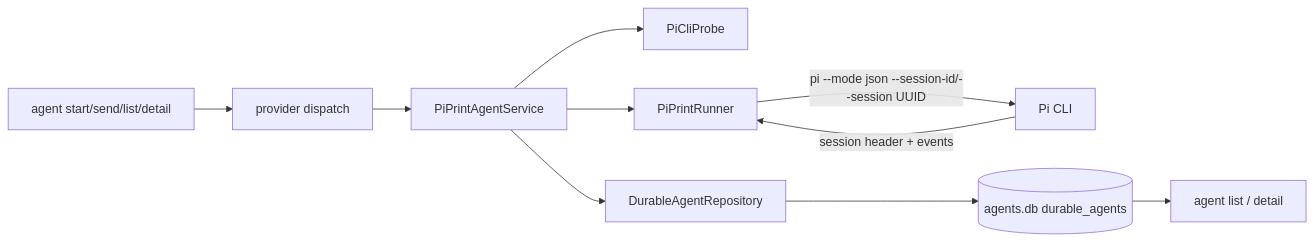
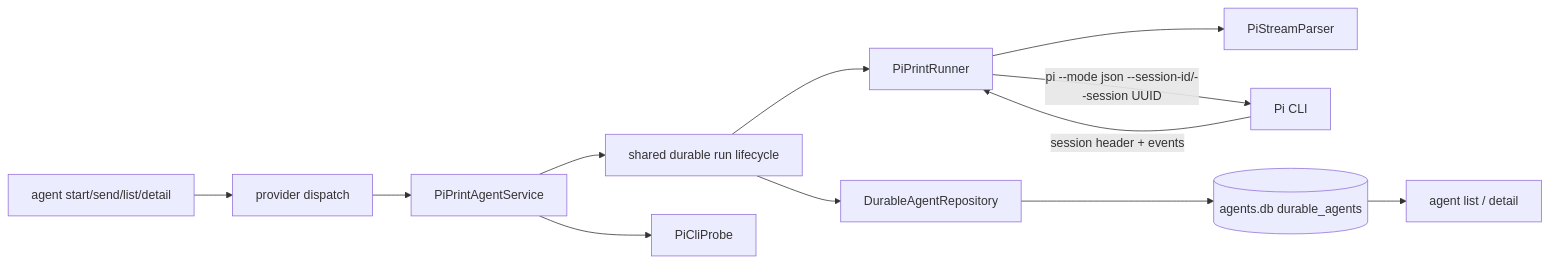
Before and after one commit to codeaholicguy/ai-devkit: the diagram in docs/ai/design/2026-08-17-feature-pi-print-mode.md, drawn with Mermaid. The commit also changed other lines of this file and 16 other files, not shown here.

Commit message:
refactor(agent-manager): centralize durable run lifecycle

````diff
--- a/docs/ai/design/2026-08-17-feature-pi-print-mode.md
+++ b/docs/ai/design/2026-08-17-feature-pi-print-mode.md
@@ -11,12 +11,14 @@
 ```mermaid
 flowchart LR
   CLI[agent start/send/list/detail] --> Dispatch[provider dispatch]
   Dispatch --> Service[PiPrintAgentService]
+  Service --> Lifecycle[shared durable run lifecycle]
   Service --> Probe[PiCliProbe]
-  Service --> Repository[DurableAgentRepository]
-  Service --> Runner[PiPrintRunner]
+  Lifecycle --> Repository[DurableAgentRepository]
+  Lifecycle --> Runner[PiPrintRunner]
+  Runner --> Parser[PiStreamParser]
   Runner -->|pi --mode json --session-id/--session UUID| Pi[Pi CLI]
   Pi -->|session header + events| Runner
   Repository --> Registry[(agents.db durable_agents)]
   Registry --> Console[agent list / detail]
 ```
````
